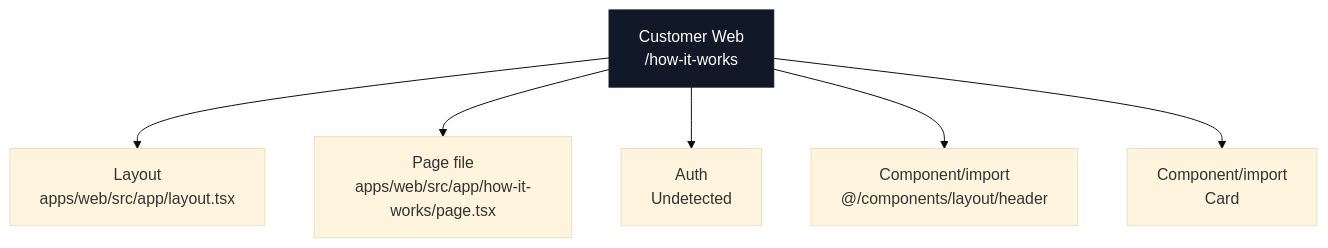
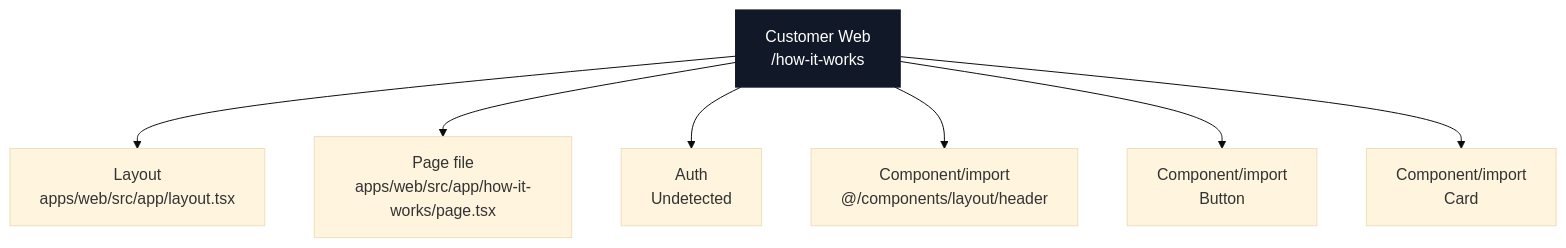
Before and after one commit to Ritenoob/ridendine-marketplace: diagram 17 of 23 in docs/architecture/codebase-map/pages/web-pages.md, drawn with Mermaid (base theme). The commit also changed other lines of this file and 50 other files, not shown here.

````diff
--- a/docs/architecture/codebase-map/pages/web-pages.md
+++ b/docs/architecture/codebase-map/pages/web-pages.md
@@ -1298,19 +1300,21 @@
 ```mermaid
 flowchart TB
   Page["Customer Web<br/>/how-it-works"]
   Layout["Layout<br/>apps/web/src/app/layout.tsx"]
   File["Page file<br/>apps/web/src/app/how-it-works/page.tsx"]
   Auth["Auth<br/>Undetected"]
   Page --> Layout
   Page --> File
   Page --> Auth
   Component0["Component/import<br/>@/components/layout/header"]
   Page --> Component0
-  Component1["Component/import<br/>Card"]
+  Component1["Component/import<br/>Button"]
   Page --> Component1
+  Component2["Component/import<br/>Card"]
+  Page --> Component2
   classDef page fill:#111827,stroke:#111827,color:#ffffff
   classDef data fill:#dcfce7,stroke:#16a34a,color:#172033
   classDef api fill:#dbeafe,stroke:#2563eb,color:#172033
   classDef warn fill:#fef3c7,stroke:#f59e0b,color:#172033
   class Page page
 ```
````
